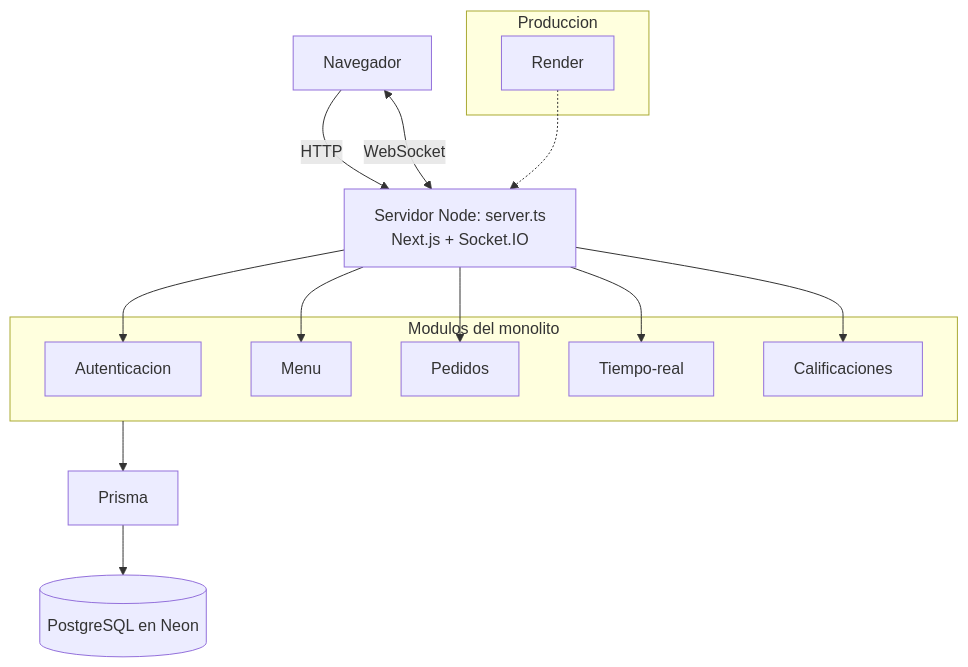
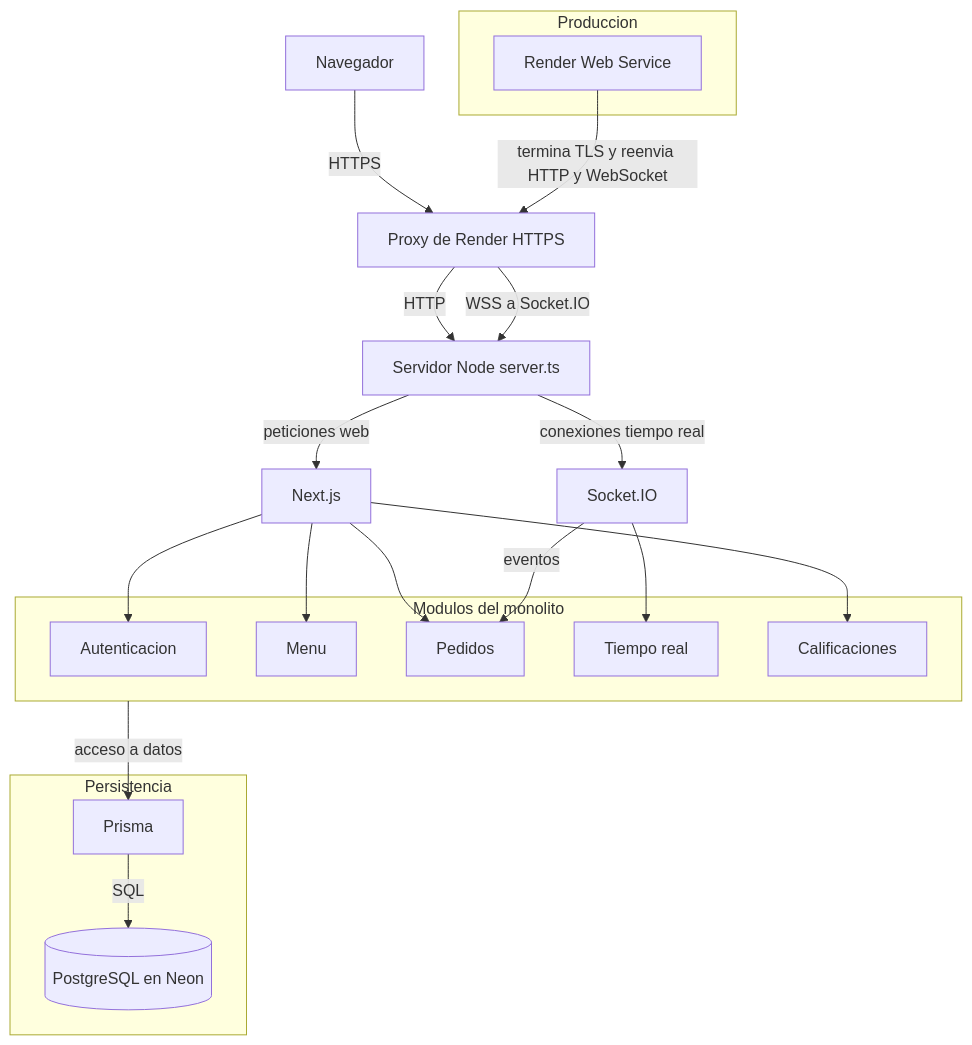
The diagram in docs/arquitectura.md (abi-cvc/Orderix), drawn with Mermaid before and after one commit. The commit also changed other lines of this file and 2 other files, not shown here.

Commit message:
docs: actualiza requisitos y diagramas

````diff
--- a/docs/arquitectura.md
+++ b/docs/arquitectura.md
@@ -3,30 +5,40 @@
 ```mermaid
-flowchart TB
-    N[Navegador]
-    S[Servidor Node: server.ts<br/>Next.js + Socket.IO]
+flowchart TD
+    N["Navegador"]
+    P["Proxy de Render HTTPS"]
+    S["Servidor Node server.ts"]
+    NX["Next.js"]
+    IO["Socket.IO"]
 
-    N -->|HTTP| S
-    N <-->|WebSocket| S
+    N -->|"HTTPS"| P
+    P -->|"HTTP"| S
+    P -->|"WSS a Socket.IO"| S
+    S -->|"peticiones web"| NX
+    S -->|"conexiones tiempo real"| IO
 
-    subgraph MOD[Modulos del monolito]
-        AUTH[Autenticacion]
-        MENU[Menu]
-        PED[Pedidos]
-        RT[Tiempo-real]
-        CAL[Calificaciones]
+    subgraph MOD["Modulos del monolito"]
+        AUTH["Autenticacion"]
+        MENU["Menu"]
+        PED["Pedidos"]
+        RT["Tiempo real"]
+        CAL["Calificaciones"]
     end
 
-    S --> AUTH
-    S --> MENU
-    S --> PED
-    S --> RT
-    S --> CAL
-    MOD --> PRISMA[Prisma]
-    PRISMA --> DB[(PostgreSQL en Neon)]
+    NX --> AUTH
+    NX --> MENU
+    NX --> PED
+    IO --> RT
+    NX --> CAL
+    subgraph DATA["Persistencia"]
+        PRISMA["Prisma"]
+        DB[("PostgreSQL en Neon")]
+    end
+    MOD -->|"acceso a datos"| PRISMA
+    PRISMA -->|"SQL"| DB
+    IO -->|"eventos"| PED
 
-    subgraph PROD[Produccion]
-        R[Render]
+    subgraph PROD["Produccion"]
+        R["Render Web Service"]
     end
-
-    R -.-> S
+    R -->|"termina TLS y reenvia HTTP y WebSocket"| P
 ```
````
